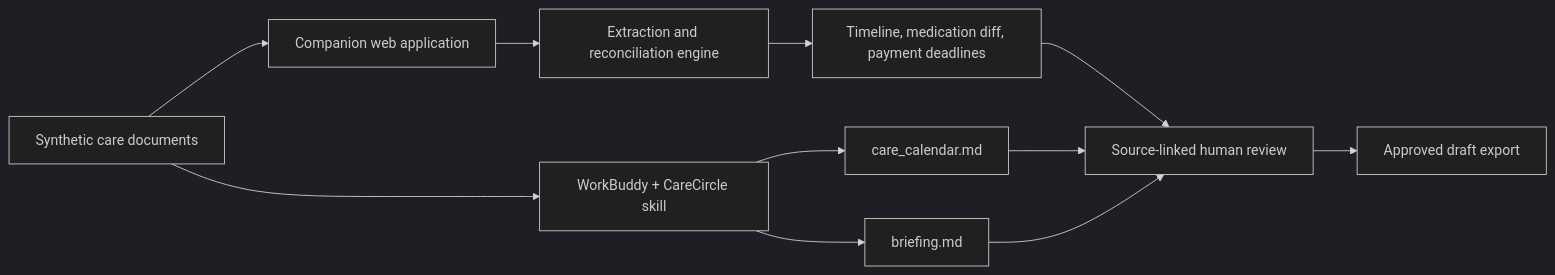
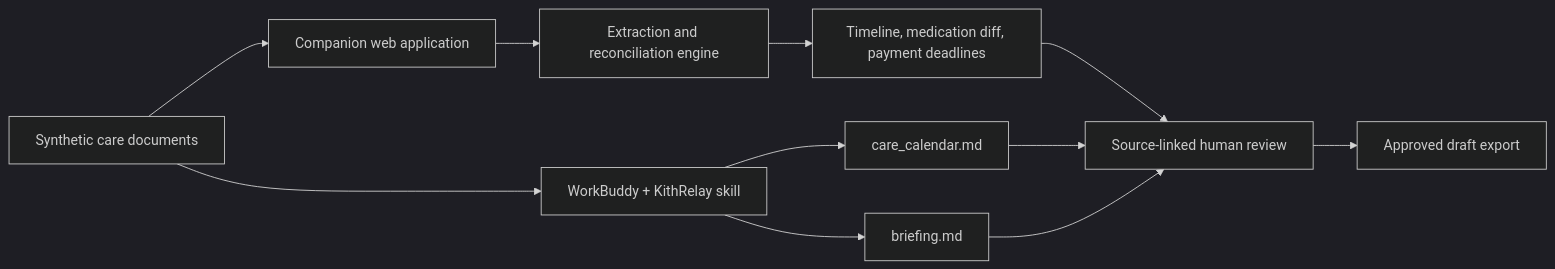
Before and after one commit to MuhammadHasifF/KithRelay_TencentCloud2026: the diagram in docs/ARCHITECTURE.md, drawn with Mermaid (dark theme). The commit also changed other lines of this file and 32 other files, not shown here.

Commit message:
feat: launch KithRelay brand and accessible dark UI

````diff
--- a/docs/ARCHITECTURE.md
+++ b/docs/ARCHITECTURE.md
@@ -7,13 +7,13 @@
 ```mermaid
 flowchart LR
-    A[Synthetic care documents] --> B[WorkBuddy + CareCircle skill]
+    A[Synthetic care documents] --> B[WorkBuddy + KithRelay skill]
     B --> C[care_calendar.md]
     B --> D[briefing.md]
     A --> E[Companion web application]
     E --> F[Extraction and reconciliation engine]
     F --> G[Timeline, medication diff, payment deadlines]
     G --> H[Source-linked human review]
     C --> H
     D --> H
     H --> I[Approved draft export]
 ```
````
